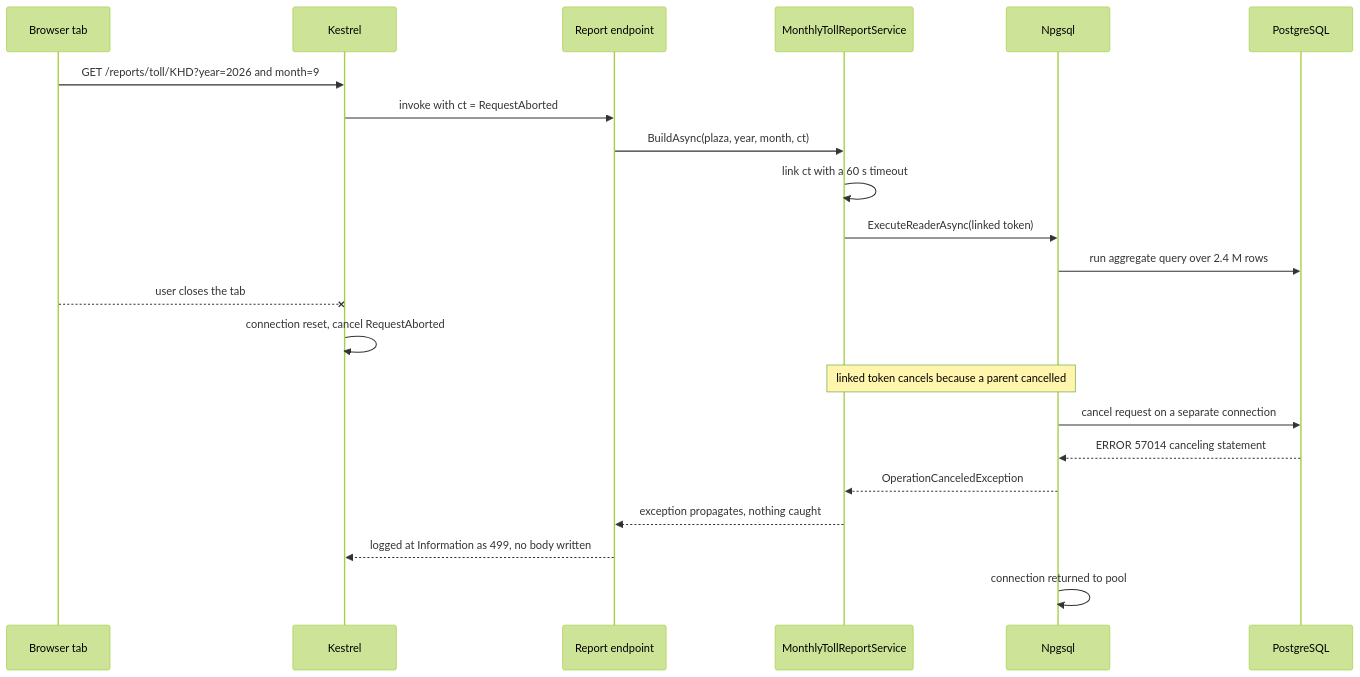
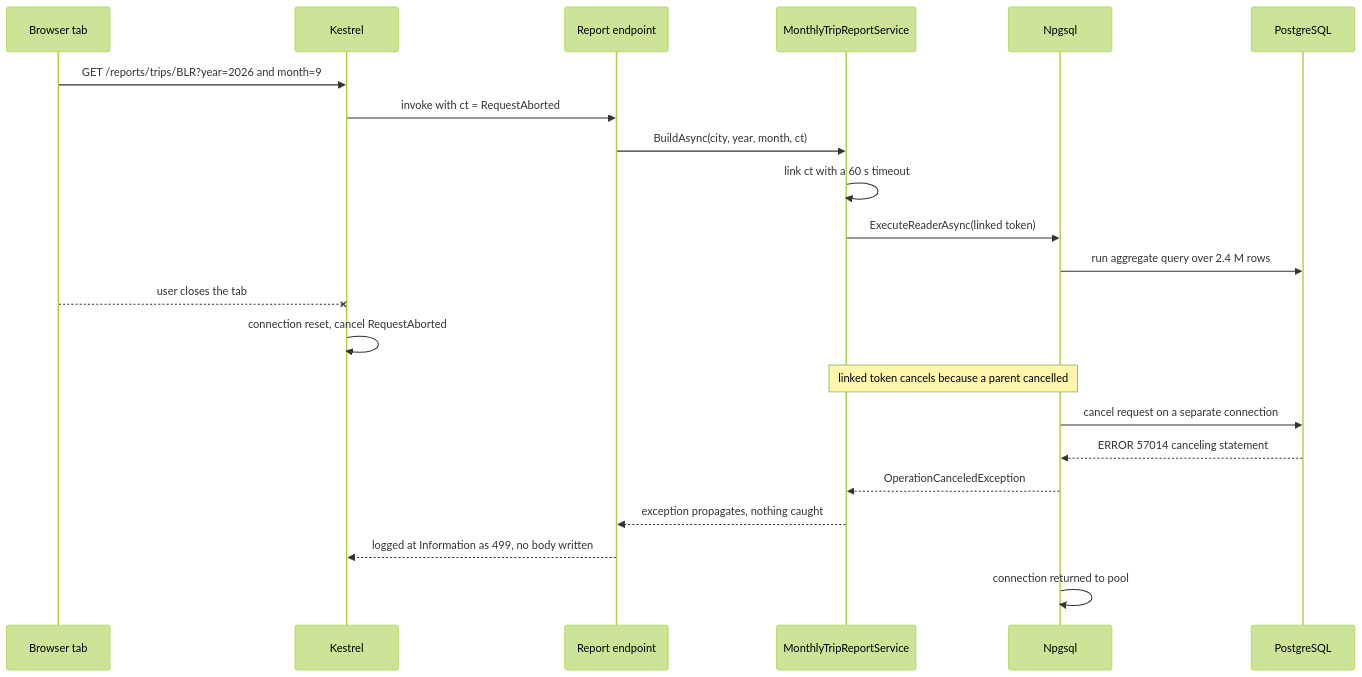
Before and after one commit to rizwi0786/system-design-lab: the first of 2 diagrams in content/lessons/m03/m03-cancellation.md, drawn with Mermaid (forest theme). The commit also changed other lines of this file and 334 other files, not shown here.

````diff
--- a/content/lessons/m03/m03-cancellation.md
+++ b/content/lessons/m03/m03-cancellation.md
@@ -217,24 +217,24 @@
 ```mermaid
 sequenceDiagram
     participant U as Browser tab
     participant K as Kestrel
     participant E as Report endpoint
-    participant S as MonthlyTollReportService
+    participant S as MonthlyTripReportService
     participant N as Npgsql
     participant PG as PostgreSQL
-    U->>K: GET /reports/toll/KHD?year=2026 and month=9
+    U->>K: GET /reports/trips/BLR?year=2026 and month=9
     K->>E: invoke with ct = RequestAborted
-    E->>S: BuildAsync(plaza, year, month, ct)
+    E->>S: BuildAsync(city, year, month, ct)
     S->>S: link ct with a 60 s timeout
     S->>N: ExecuteReaderAsync(linked token)
     N->>PG: run aggregate query over 2.4 M rows
     U--xK: user closes the tab
     K->>K: connection reset, cancel RequestAborted
     Note over S,N: linked token cancels because a parent cancelled
     N->>PG: cancel request on a separate connection
     PG-->>N: ERROR 57014 canceling statement
     N-->>S: OperationCanceledException
     S-->>E: exception propagates, nothing caught
     E-->>K: logged at Information as 499, no body written
     N->>N: connection returned to pool
 ```
````
